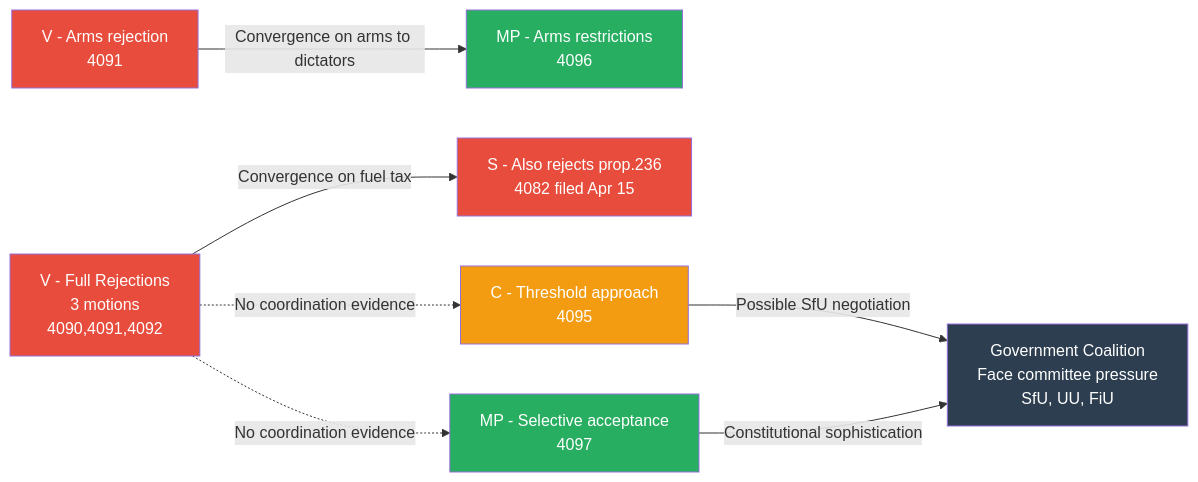
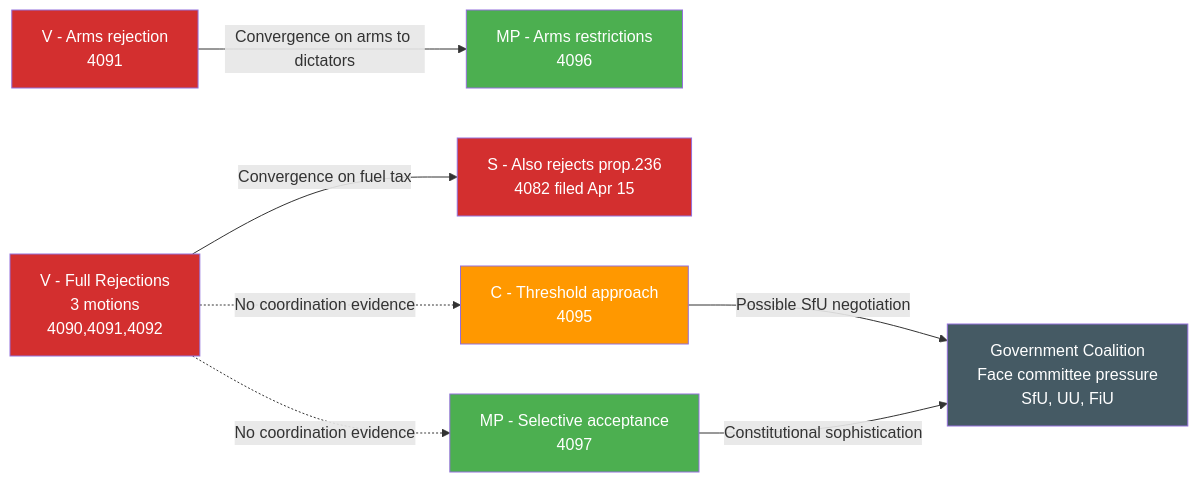
Before and after one commit to Hack23/riksdagsmonitor: the diagram in analysis/daily/2026-04-17/motions/stakeholder-perspectives.md, drawn with Mermaid. The commit also changed 785 other files, not shown here.

First line of the commit message:
Normalize mermaid colors across 786 analysis artifacts to ISMS Style Guide palette

````diff
--- a/analysis/daily/2026-04-17/motions/stakeholder-perspectives.md
+++ b/analysis/daily/2026-04-17/motions/stakeholder-perspectives.md
@@ -56,17 +56,17 @@
 ```mermaid
 flowchart LR
     V1[V - Full Rejections\n3 motions\n4090,4091,4092] -->|Convergence on fuel tax| S1[S - Also rejects prop.236\n4082 filed Apr 15]
     V2[V - Arms rejection\n4091] -->|Convergence on arms to dictators| MP1[MP - Arms restrictions\n4096]
     C1[C - Threshold approach\n4095] -->|Possible SfU negotiation| GOV[Government Coalition\nFace committee pressure\nSfU, UU, FiU]
     MP2[MP - Selective acceptance\n4097] -->|Constitutional sophistication| GOV
     V1 -.->|No coordination evidence| C1
     V1 -.->|No coordination evidence| MP2
     
-    style V1 fill:#e74c3c,color:#fff
-    style V2 fill:#e74c3c,color:#fff
-    style S1 fill:#e74c3c,color:#fff
-    style C1 fill:#f39c12,color:#fff
-    style MP1 fill:#27ae60,color:#fff
-    style MP2 fill:#27ae60,color:#fff
-    style GOV fill:#2c3e50,color:#fff
+    style V1 fill:#D32F2F,color:#FFFFFF
+    style V2 fill:#D32F2F,color:#FFFFFF
+    style S1 fill:#D32F2F,color:#FFFFFF
+    style C1 fill:#FF9800,color:#FFFFFF
+    style MP1 fill:#4CAF50,color:#FFFFFF
+    style MP2 fill:#4CAF50,color:#FFFFFF
+    style GOV fill:#455A64,color:#FFFFFF
 ```
````
